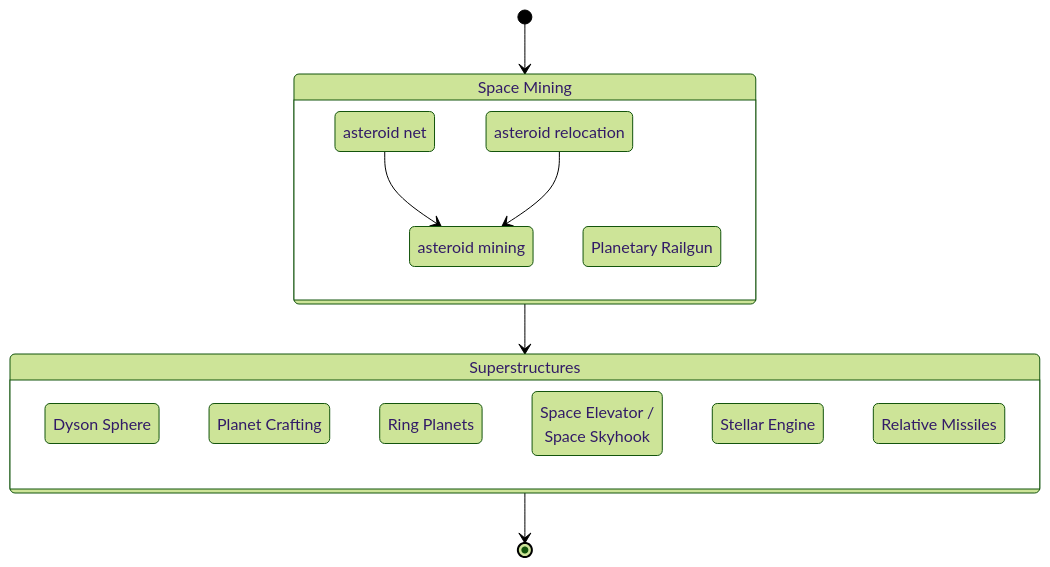
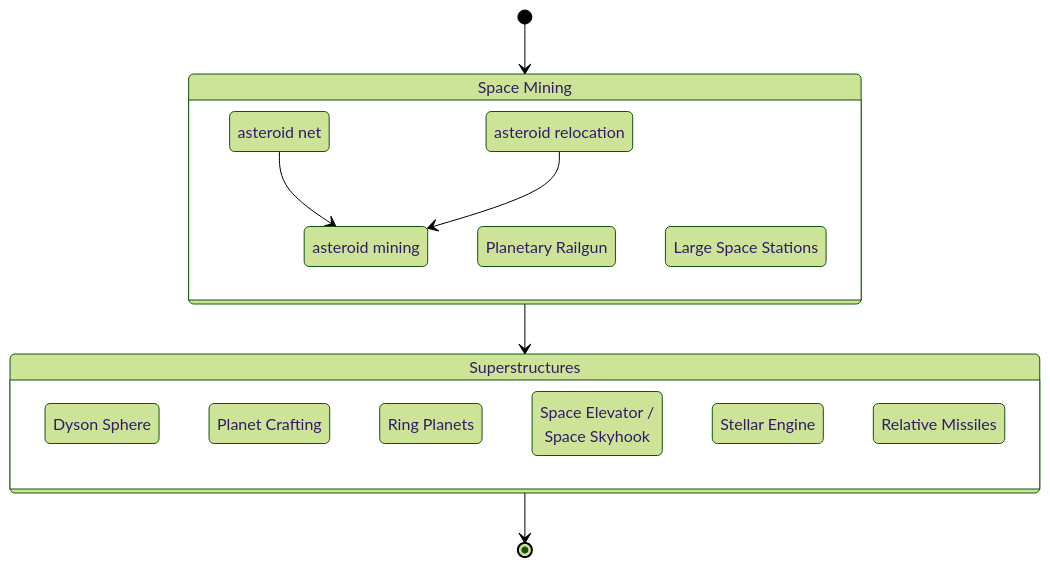
Before and after one commit to ethan-w-foshee/TerraStella: the third of 3 diagrams in FLOWCHART.md, drawn with Mermaid (forest theme).

Commit message:
More space ideas

````diff
--- a/FLOWCHART.md
+++ b/FLOWCHART.md
@@ -114,28 +114,29 @@
 ```mermaid
 stateDiagram-v2
  9  : Space Mining
  10 : Superstructures
 
  state 9 {
   9.1a : asteroid net
   9.1b : asteroid relocation
   9.1c : asteroid mining
   9.2a : Planetary Railgun
+  9.3  : Large Space Stations
   
   9.1a --> 9.1c
   9.1b --> 9.1c
  }
 
  state 10 {
   10.1 : Dyson Sphere
   10.2 : Planet Crafting
   10.3 : Ring Planets
   10.4 : Space Elevator /<br> Space Skyhook
   10.5 : Stellar Engine
   10.6 : Relative Missiles
  }
 
  [*] --> 9
  9 --> 10
  10 --> [*]
 ```
````
